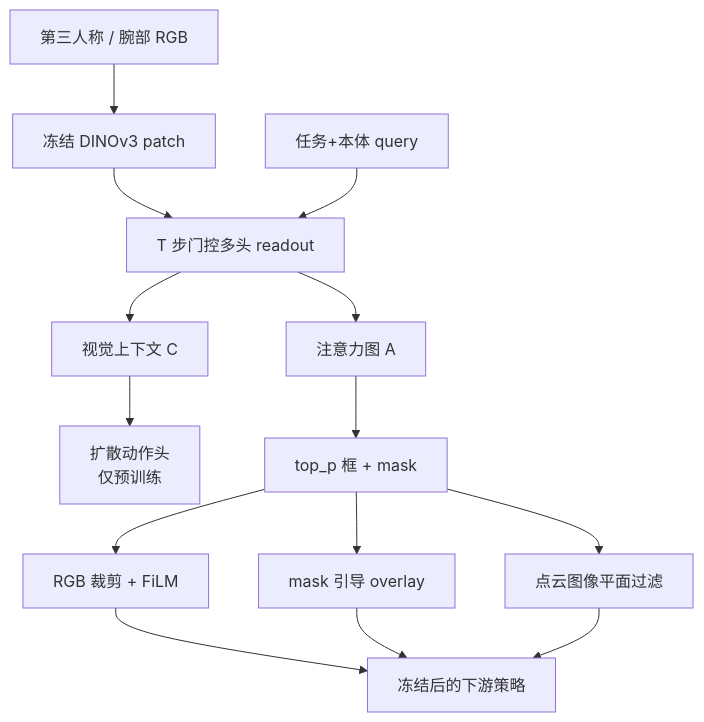
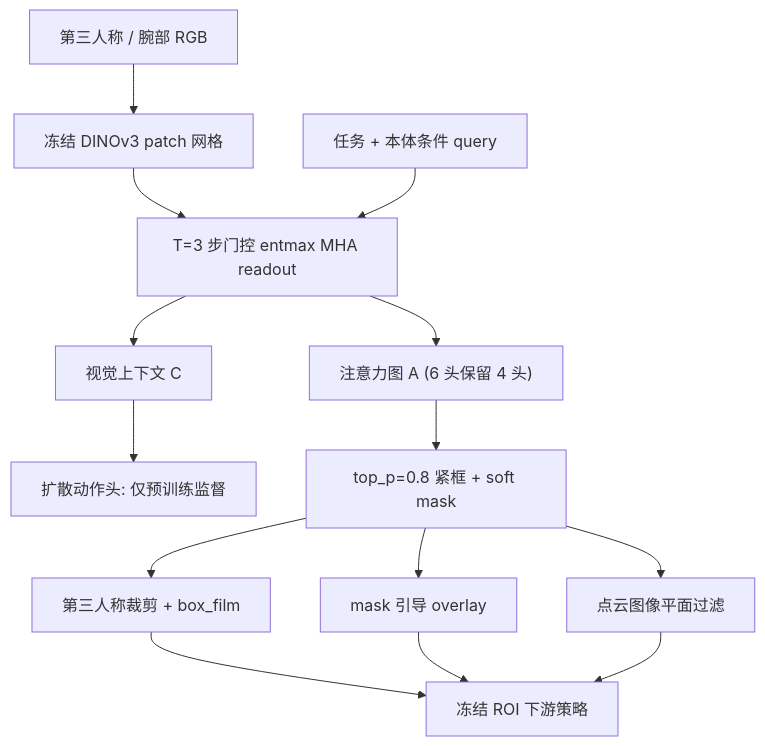
The first of 2 diagrams in wiki/entities/paper-seeker.md (ImChong/Robotics_Notebooks), drawn with Mermaid before and after one commit. The commit also changed other lines of this file and 73 other files, not shown here.

````diff
--- a/wiki/entities/paper-seeker.md
+++ b/wiki/entities/paper-seeker.md
@@ -89,22 +93,22 @@
 ```mermaid
 flowchart TB
   rgb["第三人称 / 腕部 RGB"]
-  dino["冻结 DINOv3 patch"]
-  q["任务+本体 query"]
-  read["T 步门控多头 readout"]
+  dino["冻结 DINOv3 patch 网格"]
+  q["任务 + 本体条件 query"]
+  read["T=3 步门控 entmax MHA readout"]
   ctx["视觉上下文 C"]
-  att["注意力图 A"]
-  diff["扩散动作头\n仅预训练"]
-  roi["top_p 框 + mask"]
-  crop["RGB 裁剪 + FiLM"]
+  att["注意力图 A (6 头保留 4 头)"]
+  diff["扩散动作头: 仅预训练监督"]
+  roi["top_p=0.8 紧框 + soft mask"]
+  crop["第三人称裁剪 + box_film"]
   aug["mask 引导 overlay"]
   pc["点云图像平面过滤"]
-  pol["冻结后的下游策略"]
+  pol["冻结 ROI 下游策略"]
   rgb --> dino --> read
   q --> read
   read --> ctx --> diff
   read --> att --> roi
   roi --> crop --> pol
   roi --> aug --> pol
   roi --> pc --> pol
 ```
````
